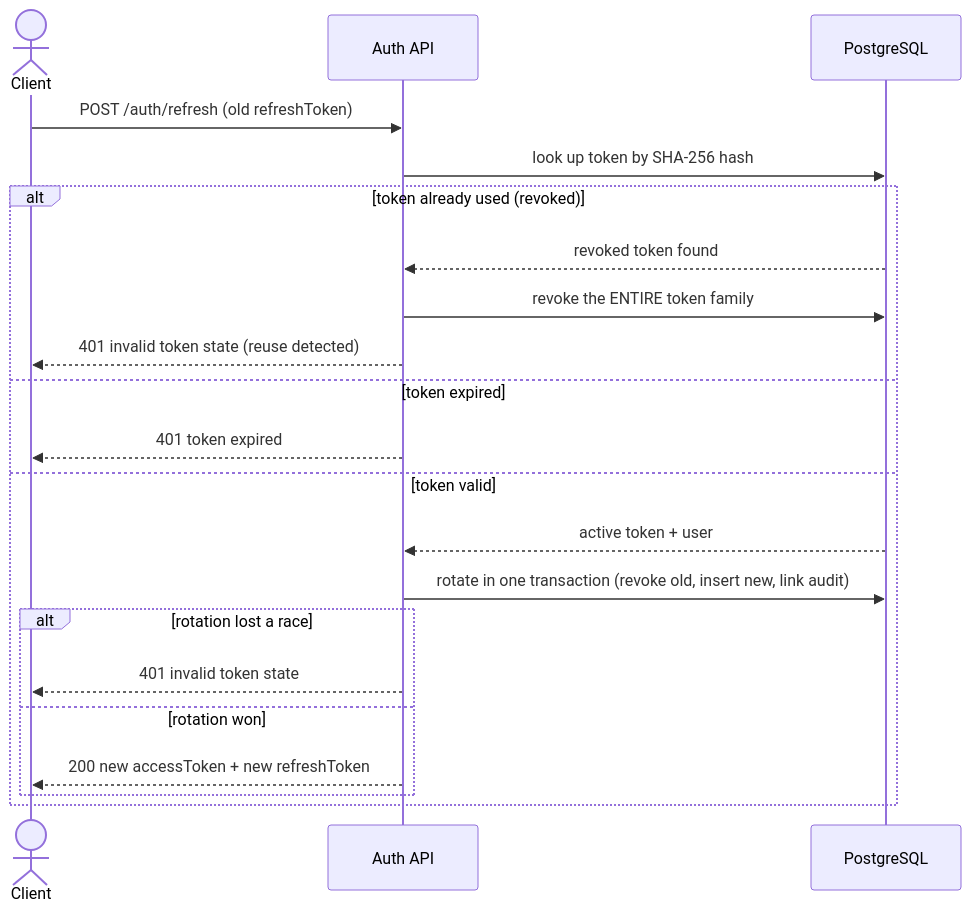
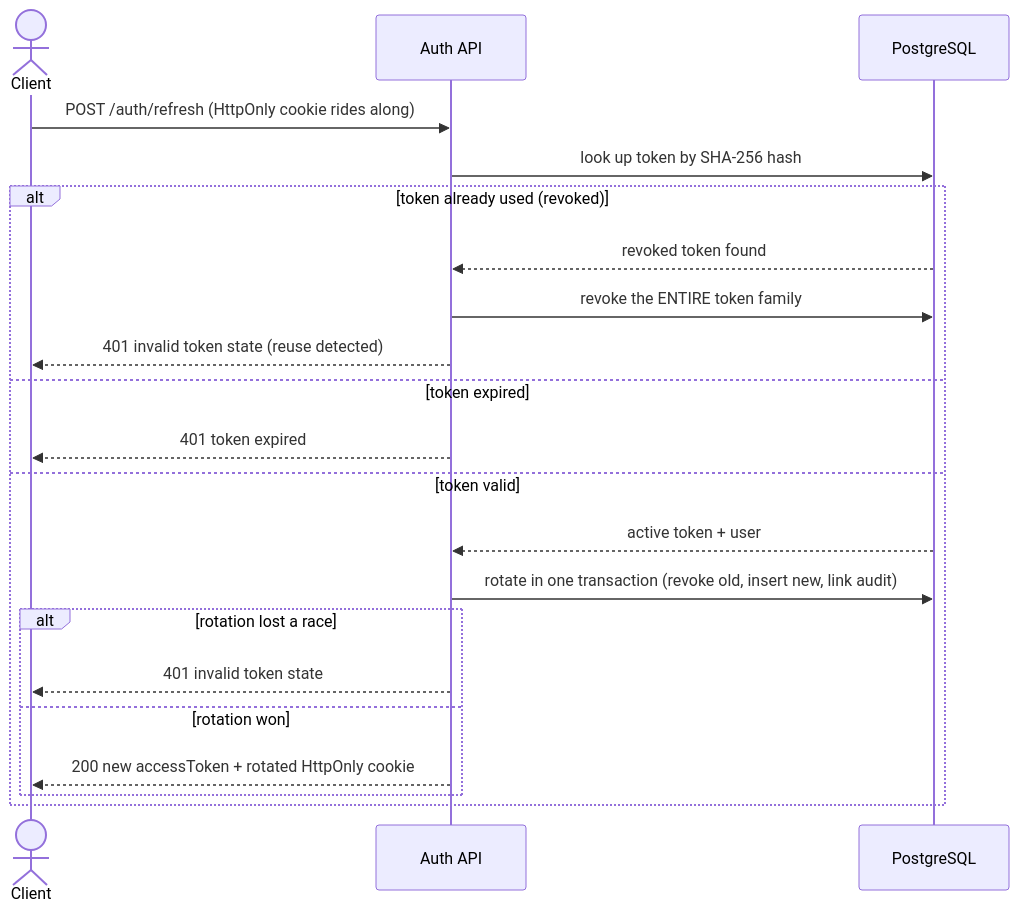
Before and after one commit to morshedmilton/TicketDeskPro-API: the second of 16 diagrams in README.md, drawn with Mermaid. The commit also changed other lines of this file, not shown here.

Commit message:
Update auth diagrams for the HttpOnly refresh cookie

````diff
--- a/README.md
+++ b/README.md
@@ -65,24 +65,24 @@
 ```mermaid
 sequenceDiagram
     actor C as Client
     participant API as Auth API
     participant DB as PostgreSQL
 
-    C->>API: POST /auth/refresh (old refreshToken)
+    C->>API: POST /auth/refresh (HttpOnly cookie rides along)
     API->>DB: look up token by SHA-256 hash
     alt token already used (revoked)
         DB-->>API: revoked token found
         API->>DB: revoke the ENTIRE token family
         API-->>C: 401 invalid token state (reuse detected)
     else token expired
         API-->>C: 401 token expired
     else token valid
         DB-->>API: active token + user
         API->>DB: rotate in one transaction (revoke old, insert new, link audit)
         alt rotation lost a race
             API-->>C: 401 invalid token state
         else rotation won
-            API-->>C: 200 new accessToken + new refreshToken
+            API-->>C: 200 new accessToken + rotated HttpOnly cookie
         end
     end
 ```
````
